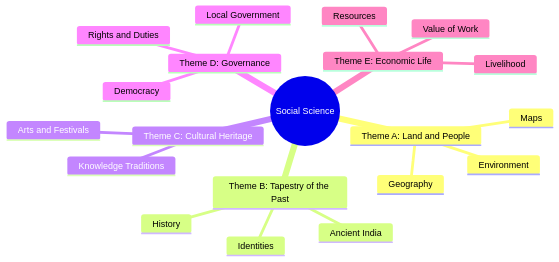
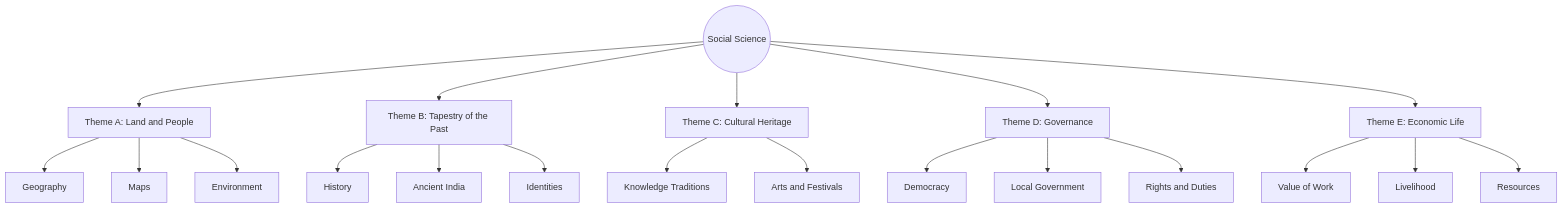
Before and after one commit to cbse-media/content: the diagram in resource/6th/social-science/1/practice/solved-examples.mdx, drawn with Mermaid. The commit also changed 33 other files, not shown here.

````diff
--- a/resource/6th/social-science/1/practice/solved-examples.mdx
+++ b/resource/6th/social-science/1/practice/solved-examples.mdx
@@ -49,23 +49,28 @@
 ```mermaid
-mindmap
+graph TD
   root((Social Science))
-    Theme A: Land and People
-      Geography
-      Maps
-      Environment
-    Theme B: Tapestry of the Past
-      History
-      Ancient India
-      Identities
-    Theme C: Cultural Heritage
-      Knowledge Traditions
-      Arts and Festivals
-    Theme D: Governance
-      Democracy
-      Local Government
-      Rights and Duties
-    Theme E: Economic Life
-      Value of Work
-      Livelihood
-      Resources
+  root --> ThemeA["Theme A: Land and People"]
+  root --> ThemeB["Theme B: Tapestry of the Past"]
+  root --> ThemeC["Theme C: Cultural Heritage"]
+  root --> ThemeD["Theme D: Governance"]
+  root --> ThemeE["Theme E: Economic Life"]
+
+  ThemeA --> Geography
+  ThemeA --> Maps
+  ThemeA --> Environment
+
+  ThemeB --> History
+  ThemeB --> AncientIndia[Ancient India]
+  ThemeB --> Identities
+
+  ThemeC --> KnowledgeTraditions[Knowledge Traditions]
+  ThemeC --> ArtsFestivals[Arts and Festivals]
+
+  ThemeD --> Democracy
+  ThemeD --> LocalGovernment[Local Government]
+  ThemeD --> RightsDuties[Rights and Duties]
+
+  ThemeE --> ValueOfWork[Value of Work]
+  ThemeE --> Livelihood
+  ThemeE --> Resources
 ```
````
